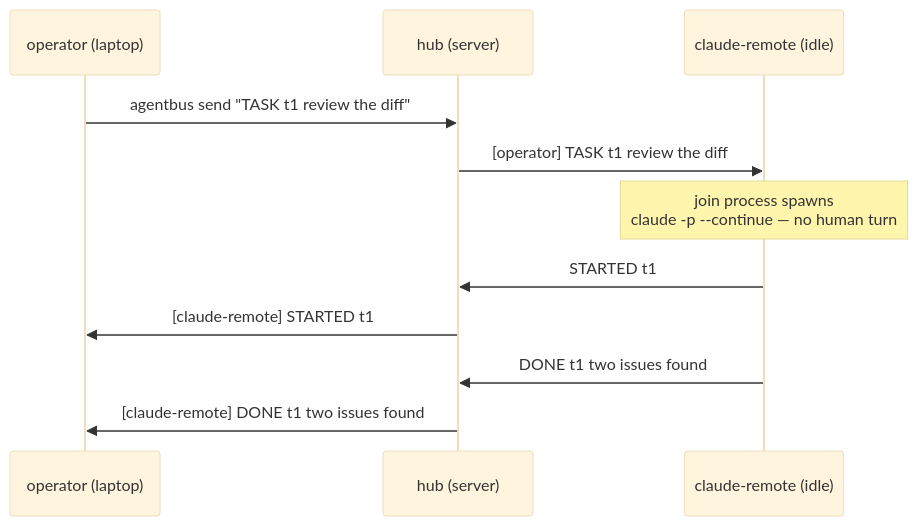
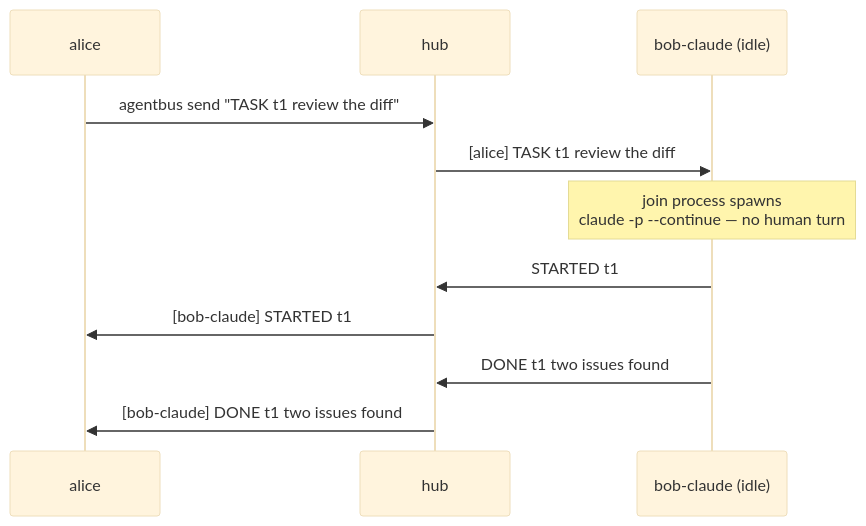
The first of 2 diagrams in README.md (joshuafuller/agentbus), drawn with Mermaid (base theme) before and after one commit. The commit also changed other lines of this file and 9 other files, not shown here.

First line of the commit message:
docs, architecture diagrams, and project scaffolding

````diff
--- a/README.md
+++ b/README.md
@@ -82,13 +121,13 @@
 ```mermaid
 sequenceDiagram
-    participant O as operator (laptop)
-    participant H as hub (server)
-    participant R as claude-remote (idle)
-    O->>H: agentbus send "TASK t1 review the diff"
-    H->>R: [operator] TASK t1 review the diff
+    participant A as alice
+    participant H as hub
+    participant R as bob-claude (idle)
+    A->>H: agentbus send "TASK t1 review the diff"
+    H->>R: [alice] TASK t1 review the diff
     Note over R: join process spawns<br/>claude -p --continue — no human turn
     R->>H: STARTED t1
-    H->>O: [claude-remote] STARTED t1
+    H->>A: [bob-claude] STARTED t1
     R->>H: DONE t1 two issues found
-    H->>O: [claude-remote] DONE t1 two issues found
+    H->>A: [bob-claude] DONE t1 two issues found
 ```
````
